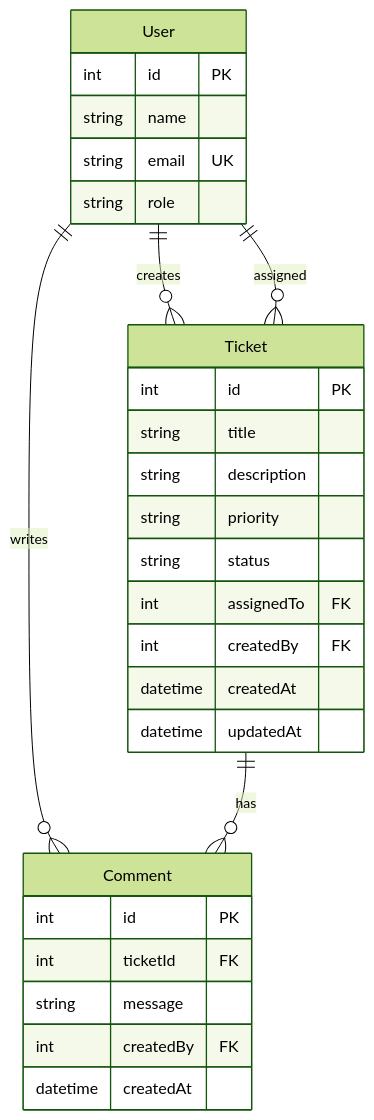
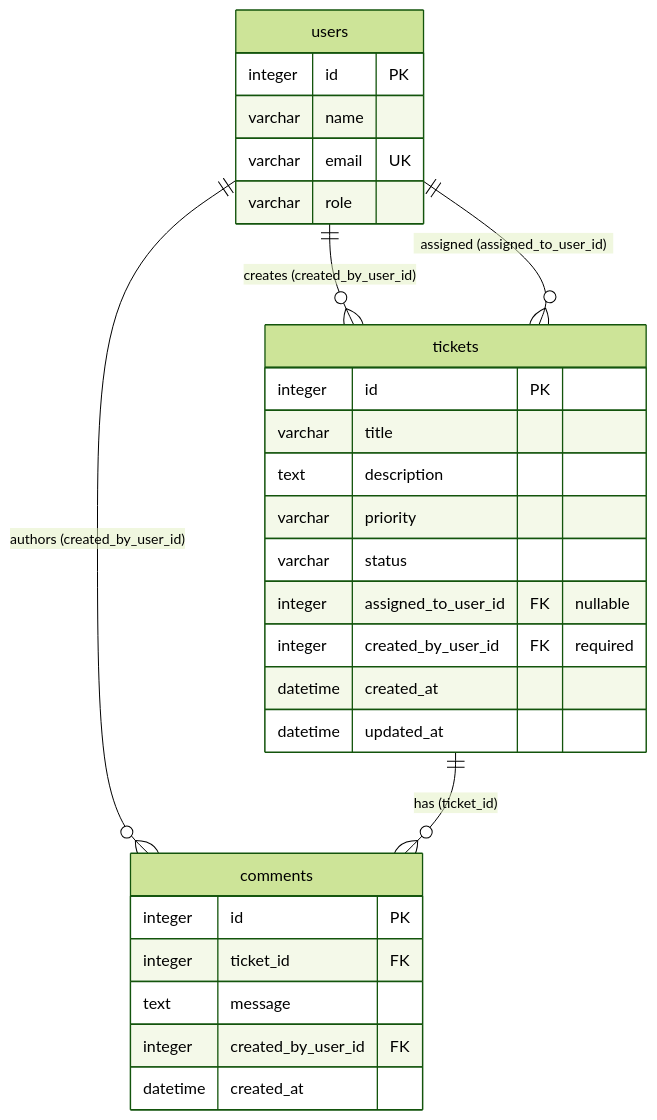
The diagram in data-model.md (PrinceYadavOffice/ticket-management), drawn with Mermaid (forest theme) before and after one commit. The commit also changed other lines of this file and 6 other files, not shown here.

````diff
--- a/data-model.md
+++ b/data-model.md
@@ -7,34 +17,34 @@
 ```mermaid
 erDiagram
-    User ||--o{ Ticket : creates
-    User ||--o{ Ticket : assigned
-    User ||--o{ Comment : writes
-    Ticket ||--o{ Comment : has
+    users ||--o{ tickets : "creates (created_by_user_id)"
+    users ||--o{ tickets : "assigned (assigned_to_user_id)"
+    users ||--o{ comments : "authors (created_by_user_id)"
+    tickets ||--o{ comments : "has (ticket_id)"
 
-    User {
-        int id PK
-        string name
-        string email UK
-        string role
+    users {
+        integer id PK
+        varchar name
+        varchar email UK
+        varchar role
     }
 
-    Ticket {
-        int id PK
-        string title
-        string description
-        string priority
-        string status
-        int assignedTo FK
-        int createdBy FK
-        datetime createdAt
-        datetime updatedAt
+    tickets {
+        integer id PK
+        varchar title
+        text description
+        varchar priority
+        varchar status
+        integer assigned_to_user_id FK "nullable"
+        integer created_by_user_id FK "required"
+        datetime created_at
+        datetime updated_at
     }
 
-    Comment {
-        int id PK
-        int ticketId FK
-        string message
-        int createdBy FK
-        datetime createdAt
+    comments {
+        integer id PK
+        integer ticket_id FK
+        text message
+        integer created_by_user_id FK
+        datetime created_at
     }
 ```
````
